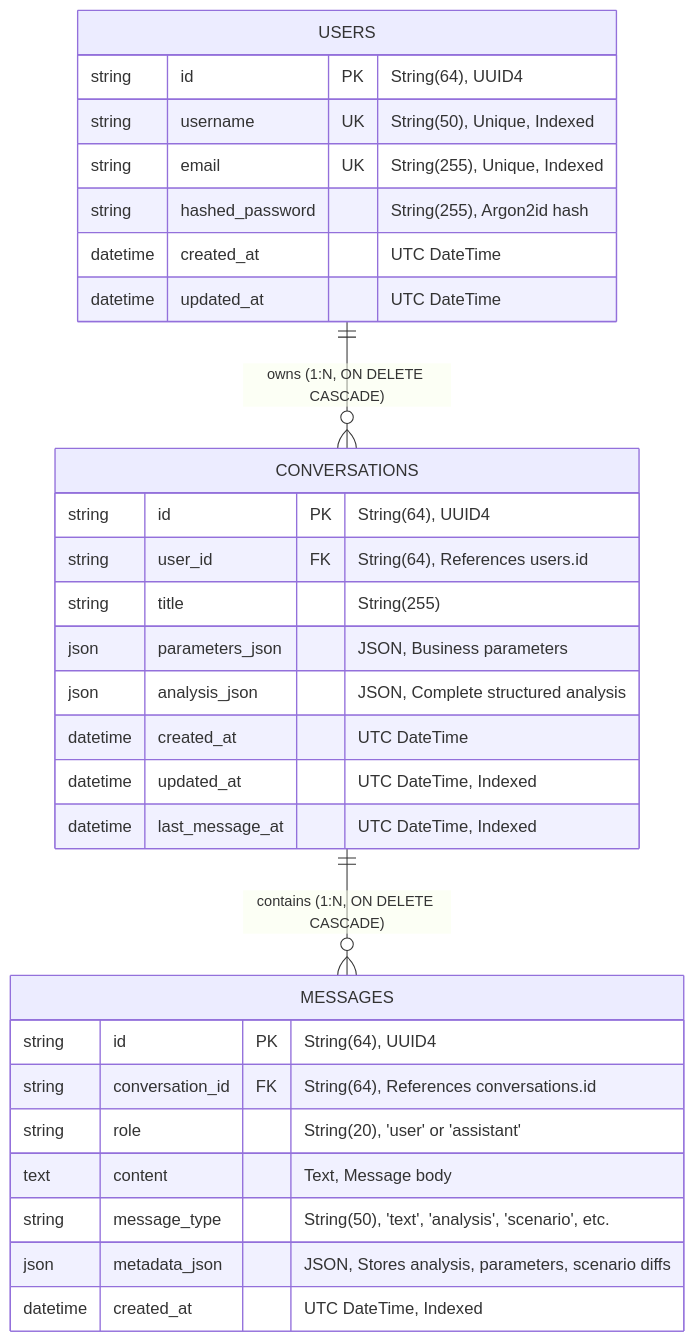
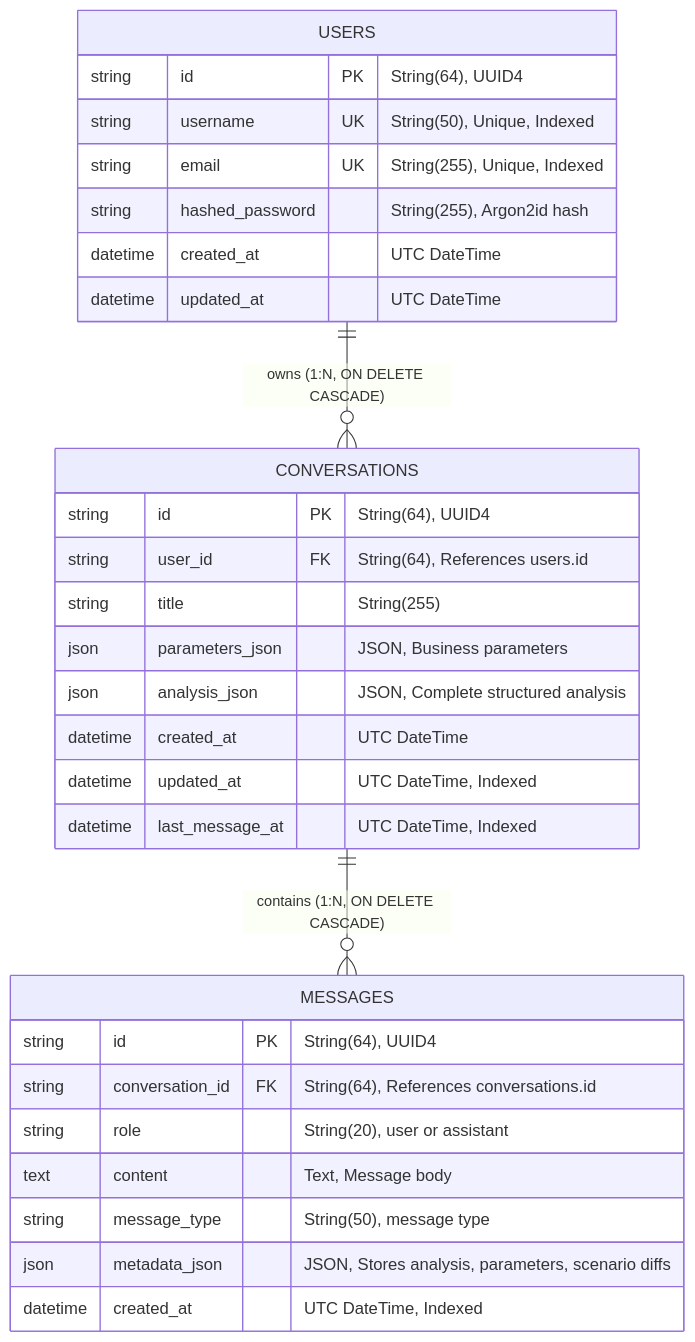
The third of 3 diagrams in README.md (Tanay-chaturvedi/Business_Analysis_Agent), drawn with Mermaid before and after one commit. The commit also changed other lines of this file, not shown here.

Commit message:
docs: finalize README and fix Mermaid diagrams

````diff
--- a/README.md
+++ b/README.md
@@ -168,35 +174,35 @@
 ```mermaid
 erDiagram
     USERS ||--o{ CONVERSATIONS : "owns (1:N, ON DELETE CASCADE)"
     CONVERSATIONS ||--o{ MESSAGES : "contains (1:N, ON DELETE CASCADE)"
 
     USERS {
         string id PK "String(64), UUID4"
         string username UK "String(50), Unique, Indexed"
         string email UK "String(255), Unique, Indexed"
         string hashed_password "String(255), Argon2id hash"
         datetime created_at "UTC DateTime"
         datetime updated_at "UTC DateTime"
     }
 
     CONVERSATIONS {
         string id PK "String(64), UUID4"
         string user_id FK "String(64), References users.id"
         string title "String(255)"
         json parameters_json "JSON, Business parameters"
         json analysis_json "JSON, Complete structured analysis"
         datetime created_at "UTC DateTime"
         datetime updated_at "UTC DateTime, Indexed"
         datetime last_message_at "UTC DateTime, Indexed"
     }
 
     MESSAGES {
         string id PK "String(64), UUID4"
         string conversation_id FK "String(64), References conversations.id"
-        string role "String(20), 'user' or 'assistant'"
+        string role "String(20), user or assistant"
         text content "Text, Message body"
-        string message_type "String(50), 'text', 'analysis', 'scenario', etc."
+        string message_type "String(50), message type"
         json metadata_json "JSON, Stores analysis, parameters, scenario diffs"
         datetime created_at "UTC DateTime, Indexed"
     }
 ```
````
